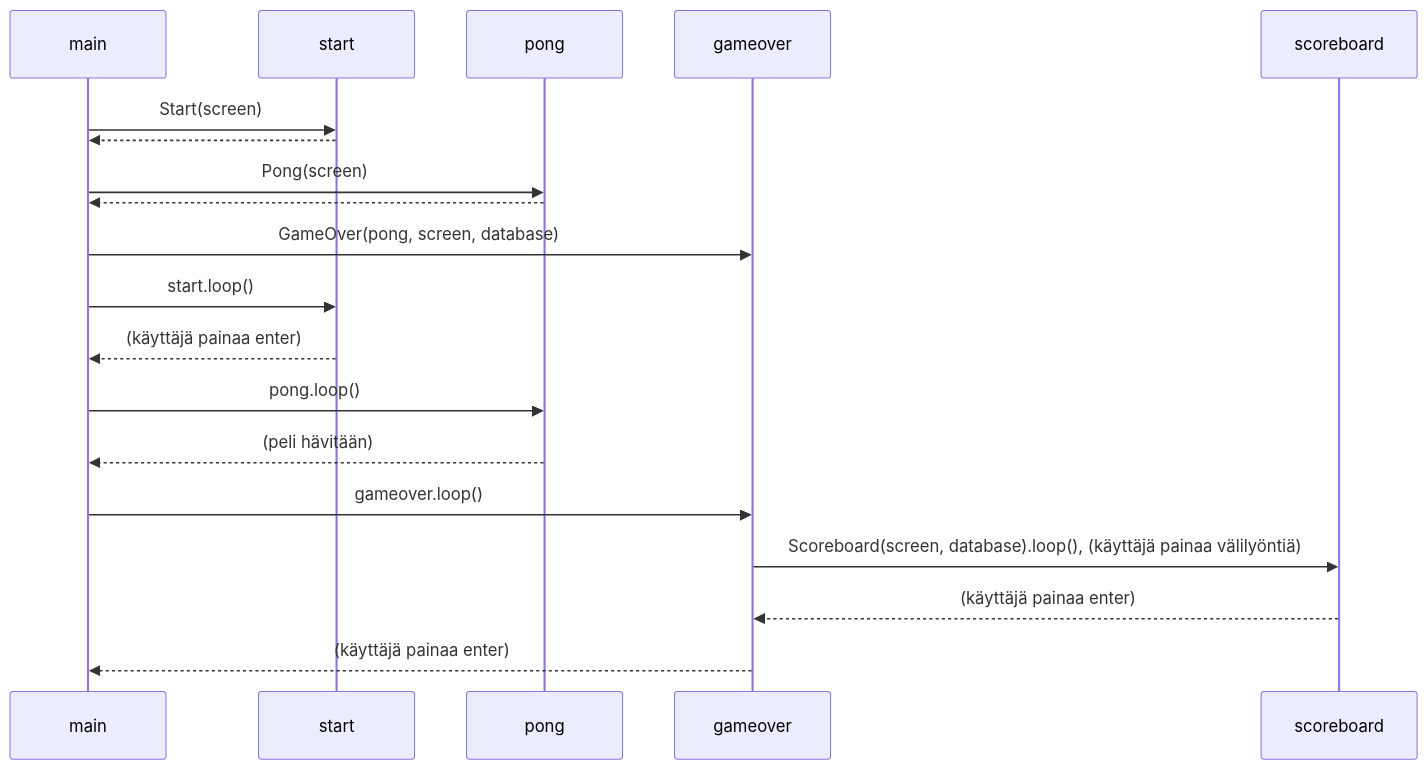
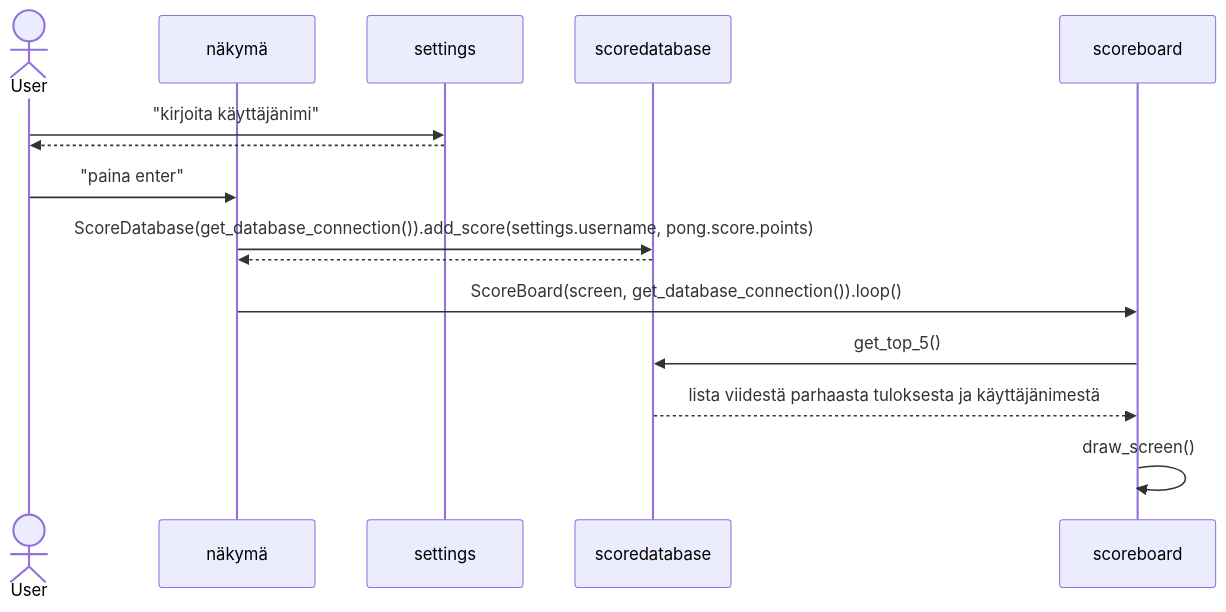
One commit to alannesanni/ot-harjoitustyo changed the third of 3 diagrams in dokumentaatio/arkkitehtuuri.md. Above: the diagram before and after it, drawn with Mermaid. The commit also changed other lines of this file, not shown here.

````diff
--- a/dokumentaatio/arkkitehtuuri.md
+++ b/dokumentaatio/arkkitehtuuri.md
@@ -17,24 +75,18 @@
 ```mermaid
 sequenceDiagram
-  participant main
-  participant start
-  participant pong
-  participant gameover
+  actor User
+  participant näkymä
+  participant settings
+  participant scoredatabase
   participant scoreboard
   
-  main ->>start: Start(screen)
-  start -->>main:  
-  main ->>pong: Pong(screen)
-  pong -->>main: 
-  main ->>gameover: GameOver(pong, screen, database)
-  
-  main ->> start: start.loop()
-  start -->>main: (käyttäjä painaa enter) 
-  main ->>pong: pong.loop()
-  pong -->>main: (peli hävitään)
-  main ->>gameover: gameover.loop()
-  gameover ->>scoreboard: Scoreboard(screen, database).loop(), (käyttäjä painaa välilyöntiä)
-  scoreboard -->> gameover: (käyttäjä painaa enter)
-  gameover -->>main: (käyttäjä painaa enter)
-  
+  User ->> settings: "kirjoita käyttäjänimi"
+  settings -->> User:  
+  User ->> näkymä: "paina enter"
+  näkymä ->> scoredatabase: ScoreDatabase(get_database_connection()).add_score(settings.username, pong.score.points)
+  scoredatabase -->> näkymä:  
+  näkymä ->> scoreboard: ScoreBoard(screen, get_database_connection()).loop()
+  scoreboard ->> scoredatabase: get_top_5()
+  scoredatabase -->> scoreboard: lista viidestä parhaasta tuloksesta ja käyttäjänimestä
+  scoreboard ->> scoreboard: draw_screen()
 ```
````
